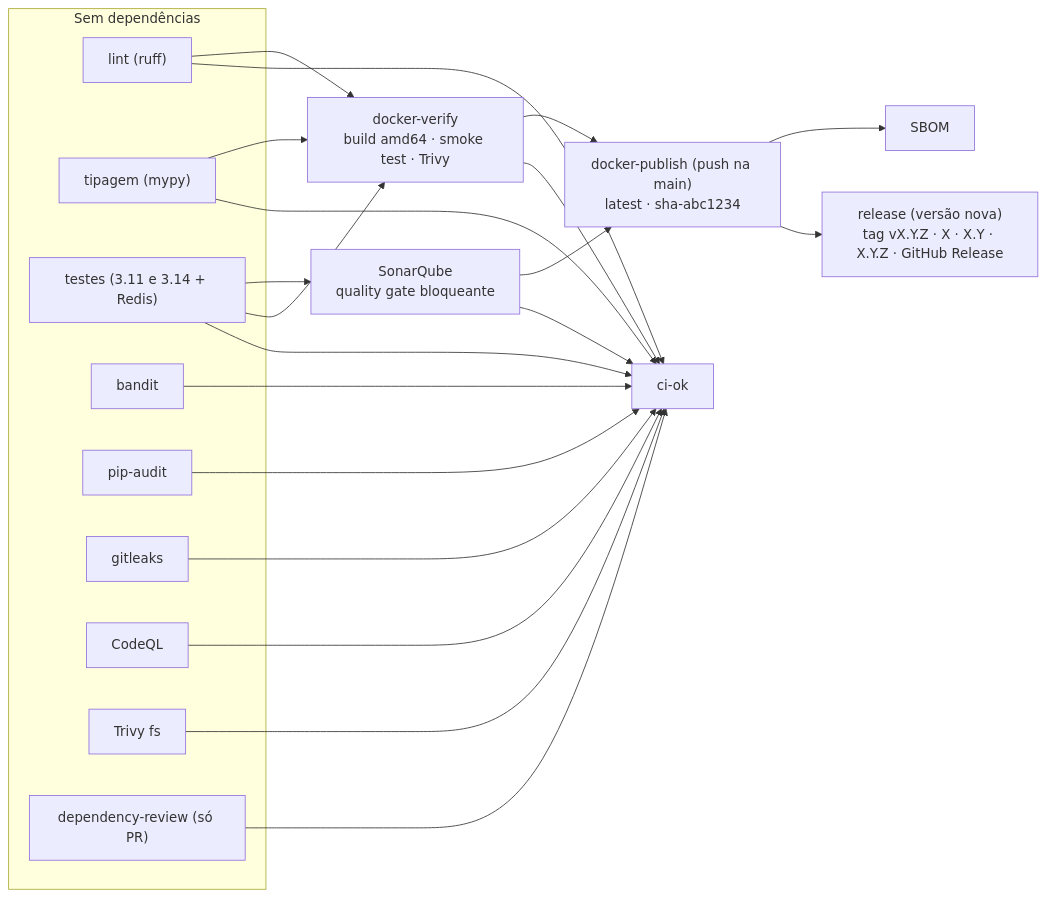
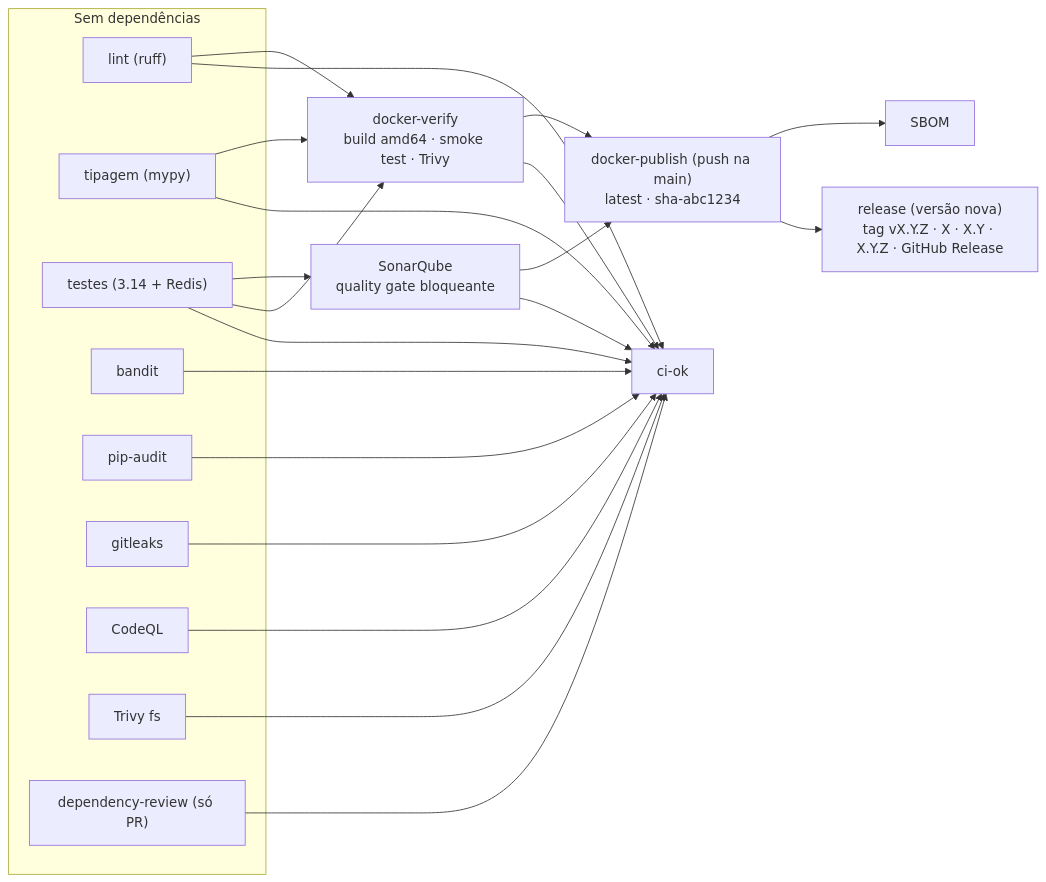
Before and after one commit to rlquilez/b3datetime: the sixth of 7 diagrams in README.md, drawn with Mermaid. The commit also changed other lines of this file and 10 other files, not shown here.

````diff
--- a/README.md
+++ b/README.md
@@ -826,19 +826,19 @@
 ```mermaid
 flowchart LR
     subgraph paralelo["Sem dependências"]
         lint["lint (ruff)"]
         typecheck["tipagem (mypy)"]
-        test["testes (3.11 e 3.14 + Redis)"]
+        test["testes (3.14 + Redis)"]
         bandit["bandit"]
         pipaudit["pip-audit"]
         gitleaks["gitleaks"]
         codeql["CodeQL"]
         trivyfs["Trivy fs"]
         depreview["dependency-review (só PR)"]
     end
     test --> sonar["SonarQube<br/>quality gate bloqueante"]
     lint & typecheck & test --> dv["docker-verify<br/>build amd64 · smoke test · Trivy"]
     dv & sonar --> pub["docker-publish (push na main)<br/>latest · sha-abc1234"] --> sbom["SBOM"]
     pub --> rel["release (versão nova)<br/>tag vX.Y.Z · X · X.Y · X.Y.Z · GitHub Release"]
     lint & typecheck & test & sonar & bandit & pipaudit & gitleaks & codeql & trivyfs & dv & depreview --> ok["ci-ok"]
 ```
````
